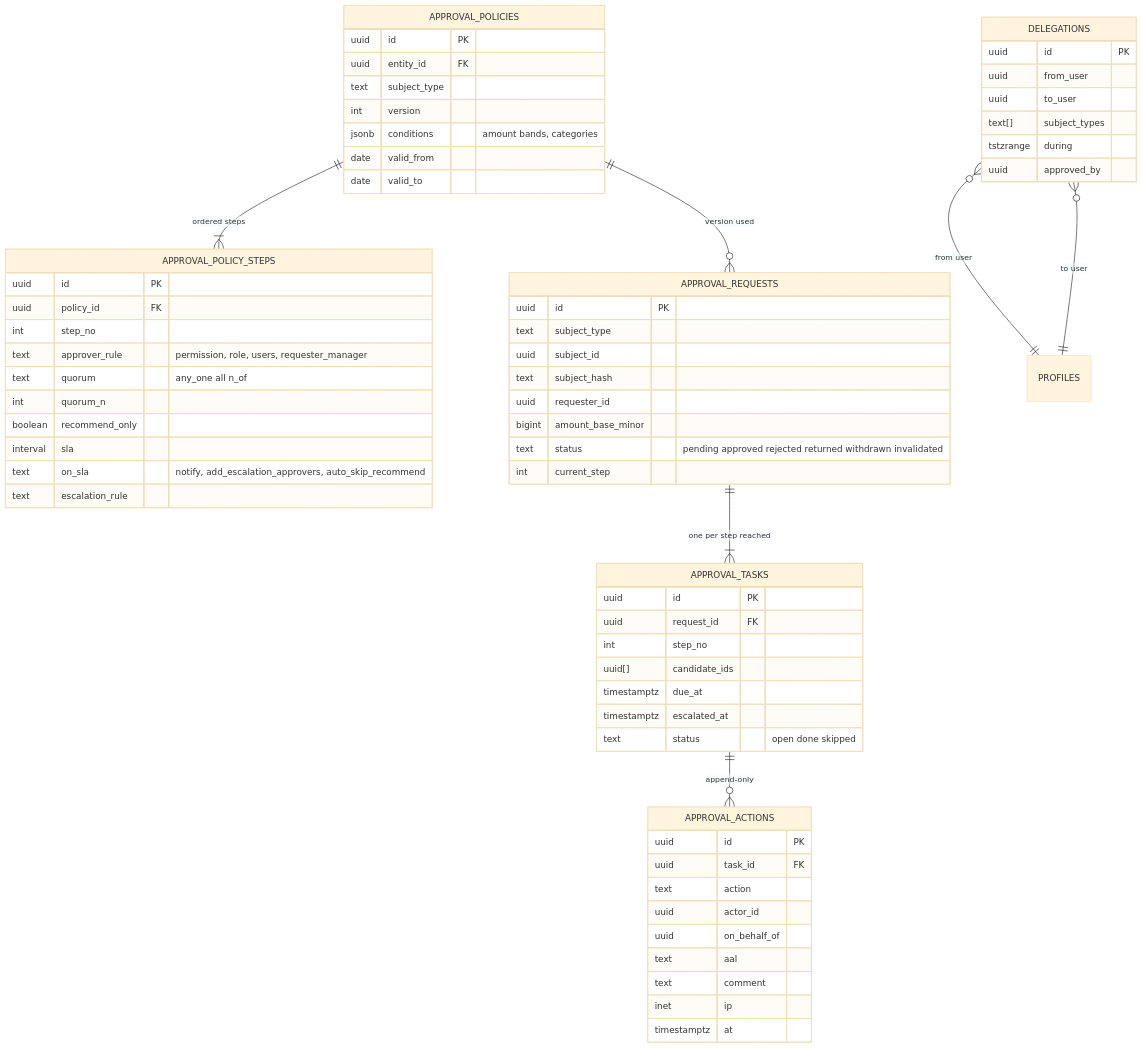
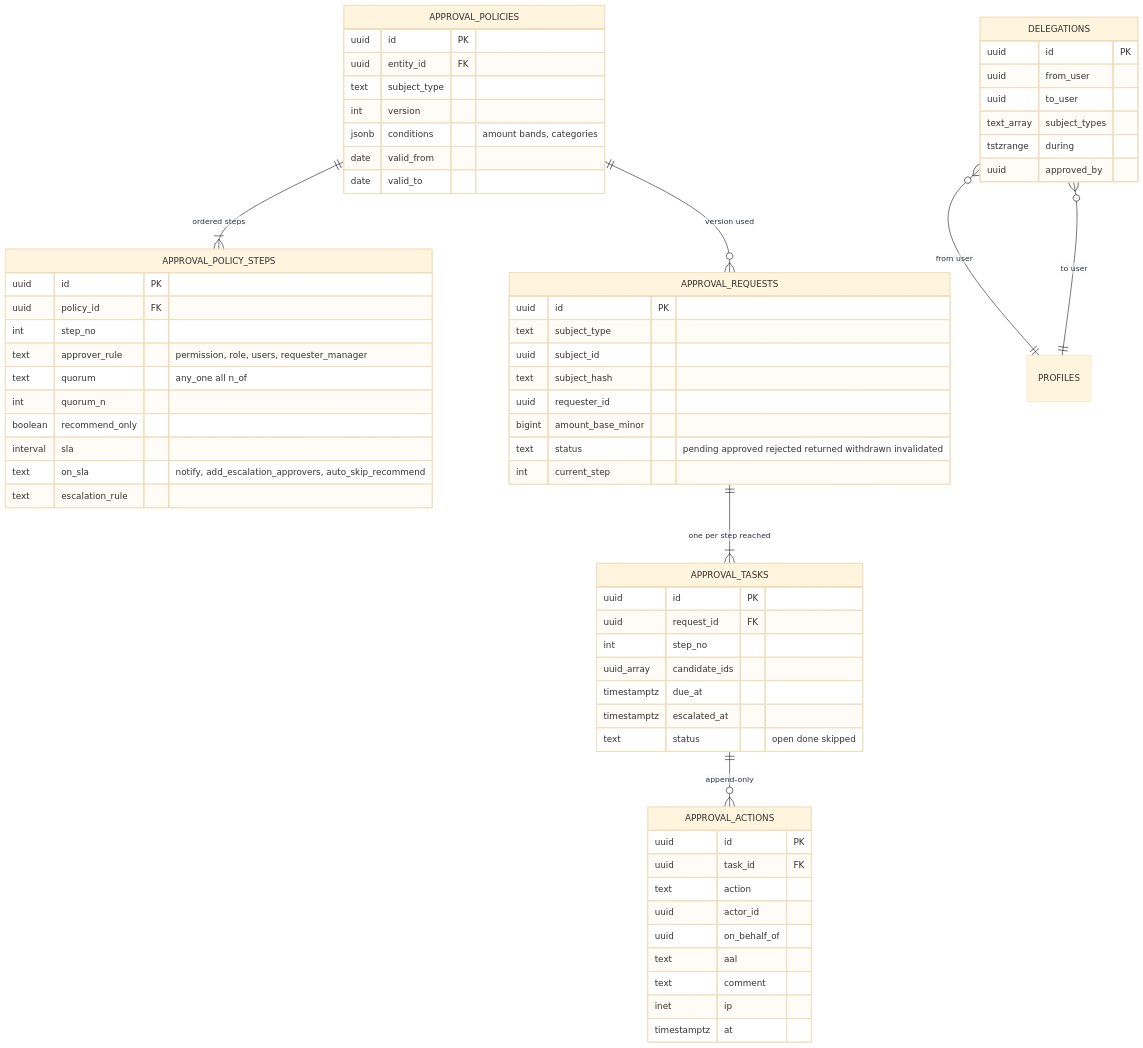
Diagram 16 of 17 in docs/discovery/20-solution-design.md (Thosay97/ChordusAM), drawn with Mermaid (base theme) before and after one commit. The commit also changed other lines of this file, not shown here.

First line of the commit message:
Discovery: solution design (18 ADRs, domain model, flows, integrations)

````diff
--- a/docs/discovery/20-solution-design.md
+++ b/docs/discovery/20-solution-design.md
@@ -1159,56 +1159,56 @@
 ```mermaid
 erDiagram
   APPROVAL_POLICIES ||--|{ APPROVAL_POLICY_STEPS : "ordered steps"
   APPROVAL_POLICIES ||--o{ APPROVAL_REQUESTS : "version used"
   APPROVAL_REQUESTS ||--|{ APPROVAL_TASKS : "one per step reached"
   APPROVAL_TASKS ||--o{ APPROVAL_ACTIONS : "append-only"
   DELEGATIONS }o--|| PROFILES : "from user"
   DELEGATIONS }o--|| PROFILES : "to user"
   APPROVAL_POLICIES { uuid id PK
     uuid entity_id FK
     text subject_type
     int version
     jsonb conditions "amount bands, categories"
     date valid_from
     date valid_to }
   APPROVAL_POLICY_STEPS { uuid id PK
     uuid policy_id FK
     int step_no
     text approver_rule "permission, role, users, requester_manager"
     text quorum "any_one all n_of"
     int quorum_n
     boolean recommend_only
     interval sla
     text on_sla "notify, add_escalation_approvers, auto_skip_recommend"
     text escalation_rule }
   APPROVAL_REQUESTS { uuid id PK
     text subject_type
     uuid subject_id
     text subject_hash
     uuid requester_id
     bigint amount_base_minor
     text status "pending approved rejected returned withdrawn invalidated"
     int current_step }
   APPROVAL_TASKS { uuid id PK
     uuid request_id FK
     int step_no
-    uuid[] candidate_ids
+    uuid_array candidate_ids
     timestamptz due_at
     timestamptz escalated_at
     text status "open done skipped" }
   APPROVAL_ACTIONS { uuid id PK
     uuid task_id FK
     text action
     uuid actor_id
     uuid on_behalf_of
     text aal
     text comment
     inet ip
     timestamptz at }
   DELEGATIONS { uuid id PK
     uuid from_user
     uuid to_user
-    text[] subject_types
+    text_array subject_types
     tstzrange during
     uuid approved_by }
 ```
````
